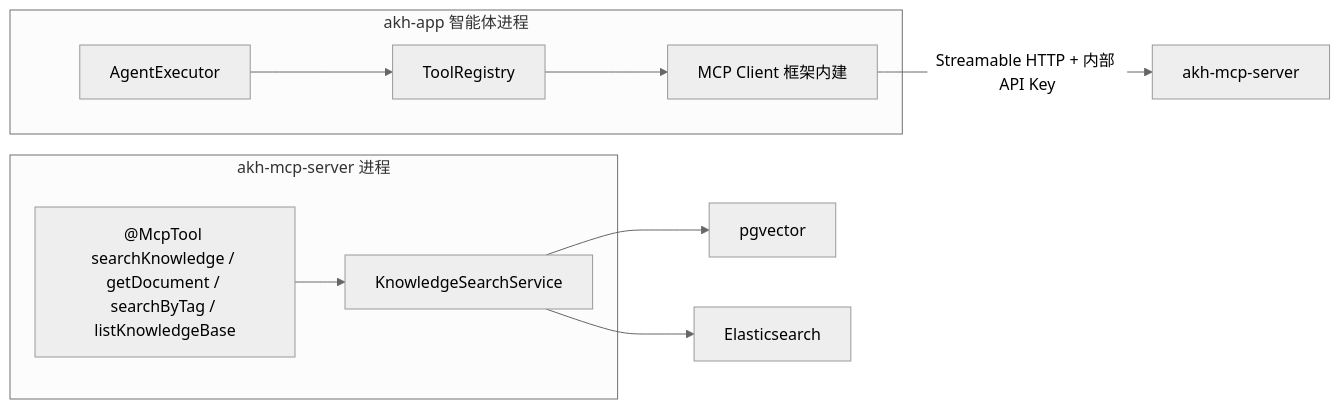
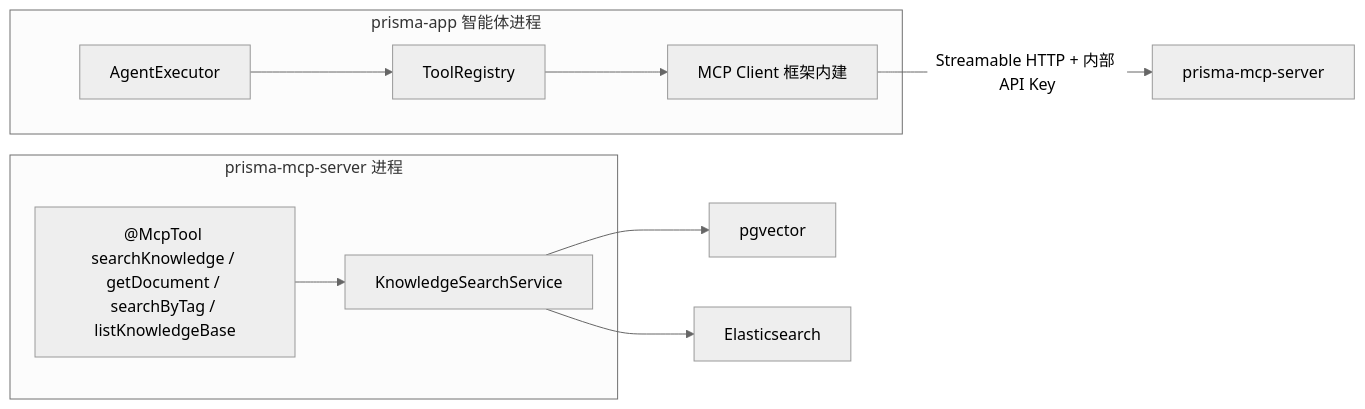
The tenth of 15 diagrams in docs/architecture.md (Prisdvl/prisdvl-nexus), drawn with Mermaid (neutral theme) before and after one commit. The commit also changed other lines of this file and 119 other files, not shown here.

````diff
--- a/docs/architecture.md
+++ b/docs/architecture.md
@@ -505,14 +505,14 @@
 ```mermaid
 graph LR
-    subgraph A["akh-app 智能体进程"]
+    subgraph A["prisma-app 智能体进程"]
         AG["AgentExecutor"] --> TR["ToolRegistry"]
         TR --> MC["MCP Client 框架内建"]
     end
-    MC -->|Streamable HTTP + 内部 API Key| MS["akh-mcp-server"]
-    subgraph MSX["akh-mcp-server 进程"]
+    MC -->|Streamable HTTP + 内部 API Key| MS["prisma-mcp-server"]
+    subgraph MSX["prisma-mcp-server 进程"]
         MT["@McpTool searchKnowledge / getDocument / searchByTag / listKnowledgeBase"]
         MT --> KS["KnowledgeSearchService"]
     end
     KS --> PG["pgvector"]
     KS --> ES["Elasticsearch"]
 ```
````
